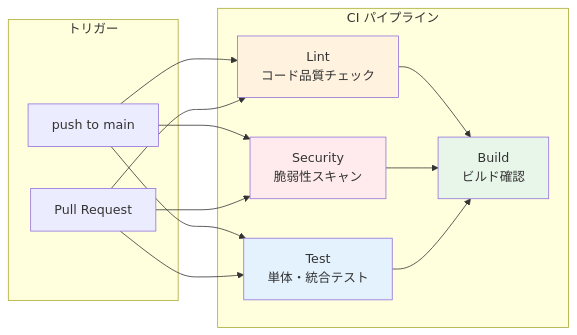
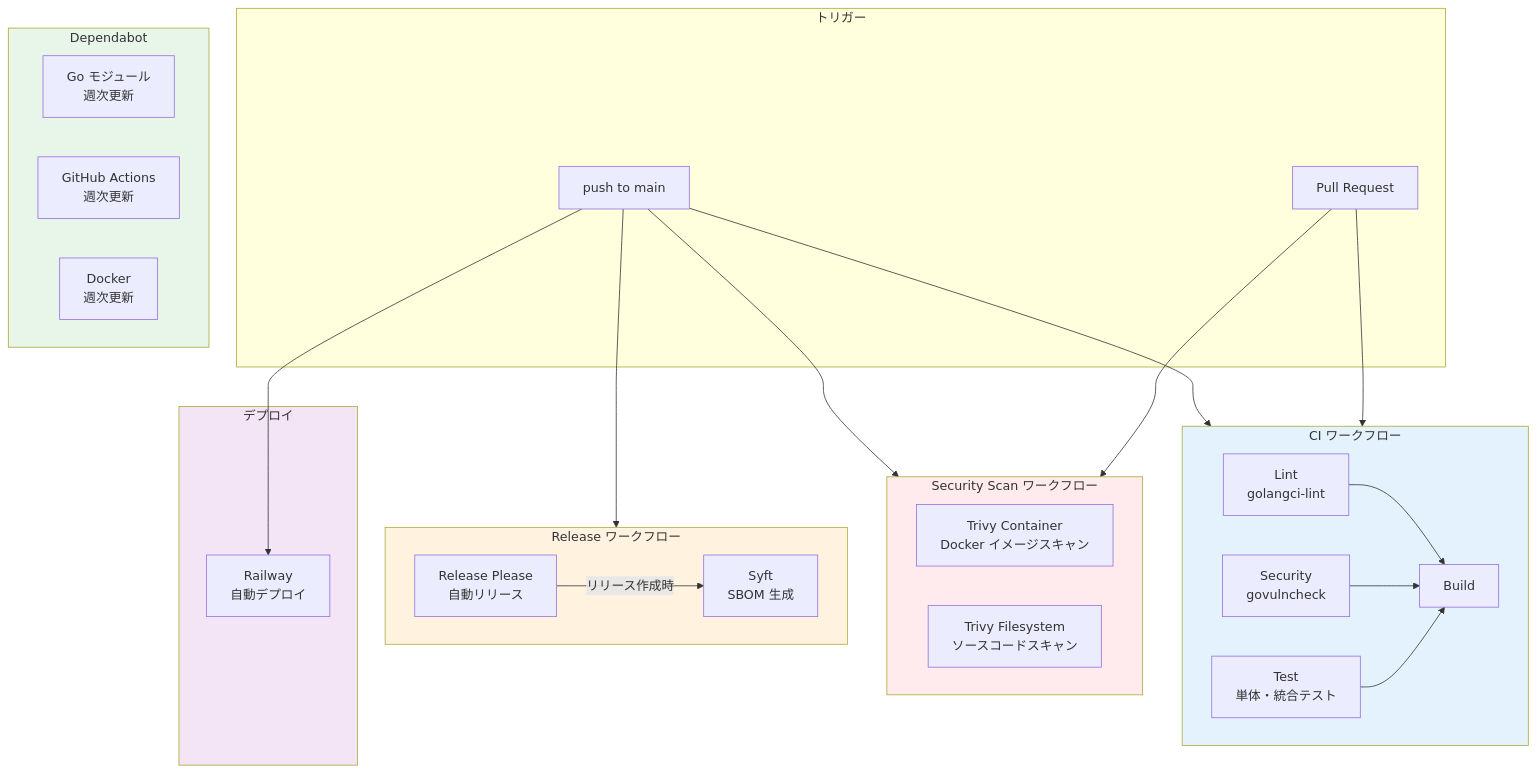
Before and after one commit to sano-suguru/go-event-ticket-reservation: diagram 11 of 13 in docs/IMPLEMENTATION.md, drawn with Mermaid. The commit also changed other lines of this file and 6 other files, not shown here.

First line of the commit message:
ci: Release Please と SBOM 生成を追加 (#9)

````diff
--- a/docs/IMPLEMENTATION.md
+++ b/docs/IMPLEMENTATION.md
@@ -982,29 +980,54 @@
 ```mermaid
-flowchart LR
-    subgraph トリガー
+flowchart TB
+    subgraph Trigger[トリガー]
         Push[push to main]
         PR[Pull Request]
     end
-    
-    subgraph CI パイプライン
-        Lint[Lint<br/>コード品質チェック]
-        Security[Security<br/>脆弱性スキャン]
+
+    subgraph CI[CI ワークフロー]
+        Lint[Lint<br/>golangci-lint]
+        GovulnSec[Security<br/>govulncheck]
         Test[Test<br/>単体・統合テスト]
-        Build[Build<br/>ビルド確認]
+        Build[Build]
     end
-    
-    Push --> Lint
-    Push --> Security
-    Push --> Test
-    PR --> Lint
-    PR --> Security
-    PR --> Test
+
+    subgraph SecurityScan[Security Scan ワークフロー]
+        TrivyContainer[Trivy Container<br/>Docker イメージスキャン]
+        TrivyFS[Trivy Filesystem<br/>ソースコードスキャン]
+    end
+
+    subgraph ReleaseWF[Release ワークフロー]
+        RP[Release Please<br/>自動リリース]
+        SBOM[Syft<br/>SBOM 生成]
+    end
+
+    subgraph Dependabot[Dependabot]
+        GoMod[Go モジュール<br/>週次更新]
+        Actions[GitHub Actions<br/>週次更新]
+        Docker[Docker<br/>週次更新]
+    end
+
+    subgraph Deploy[デプロイ]
+        Railway[Railway<br/>自動デプロイ]
+    end
+
+    Push --> CI
+    Push --> SecurityScan
+    Push --> ReleaseWF
+    PR --> CI
+    PR --> SecurityScan
+
     Lint --> Build
-    Security --> Build
+    GovulnSec --> Build
     Test --> Build
-    
-    style Lint fill:#fff3e0
-    style Security fill:#ffebee
-    style Test fill:#e3f2fd
-    style Build fill:#e8f5e9
+
+    RP -->|リリース作成時| SBOM
+
+    Push --> Railway
+
+    style CI fill:#e3f2fd
+    style SecurityScan fill:#ffebee
+    style ReleaseWF fill:#fff3e0
+    style Dependabot fill:#e8f5e9
+    style Deploy fill:#f3e5f5
 ```
````
